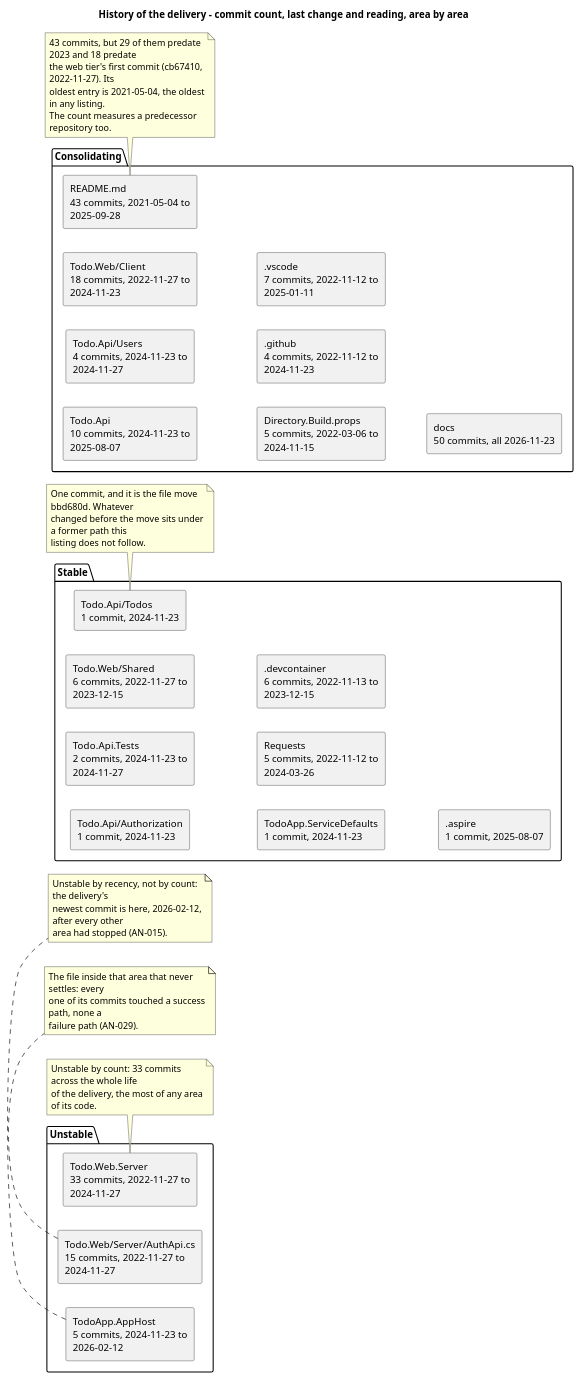
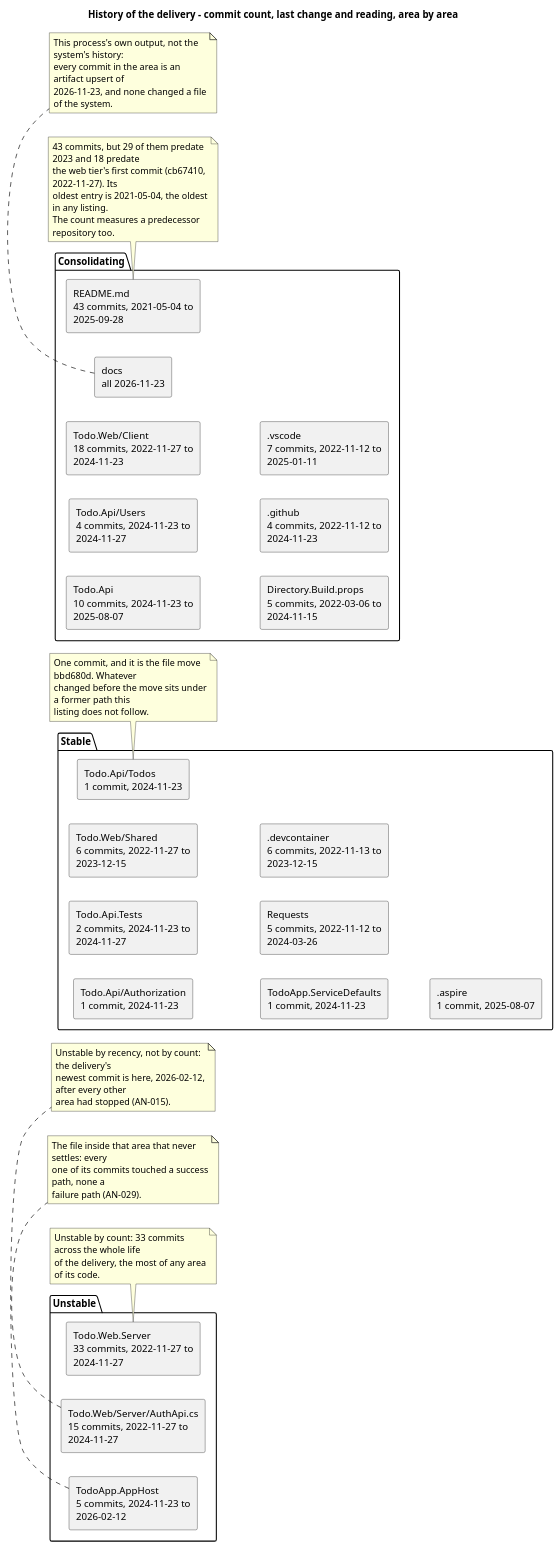
Before and after one commit to banense-test/TodoApp: the second of 3 diagrams in docs/artifacts/discovery/system-inventory.md, drawn with PlantUML. The commit also changed other lines of this file, not shown here.

Commit message:
Software Archaeologist [Excavation2]: upsert System Inventory
[skip ci]

````diff
--- a/docs/artifacts/discovery/system-inventory.md
+++ b/docs/artifacts/discovery/system-inventory.md
@@ -236,69 +236,75 @@
 ```plantuml
 @startuml
 title History of the delivery - commit count, last change and reading, area by area
 
 skinparam shadowing false
 skinparam componentStyle rectangle
 skinparam wrapWidth 230
 left to right direction
 
 package "Unstable" {
   component "Todo.Web.Server\n33 commits, 2022-11-27 to 2024-11-27" as S
   component "Todo.Web/Server/AuthApi.cs\n15 commits, 2022-11-27 to 2024-11-27" as A
   component "TodoApp.AppHost\n5 commits, 2024-11-23 to 2026-02-12" as H
 }
 
 package "Consolidating" {
   component "Todo.Api\n10 commits, 2024-11-23 to 2025-08-07" as API
   component "Todo.Api/Users\n4 commits, 2024-11-23 to 2024-11-27" as U
   component "Todo.Web/Client\n18 commits, 2022-11-27 to 2024-11-23" as C
   component "README.md\n43 commits, 2021-05-04 to 2025-09-28" as R
   component "Directory.Build.props\n5 commits, 2022-03-06 to 2024-11-15" as B
   component ".github\n4 commits, 2022-11-12 to 2024-11-23" as CI
   component ".vscode\n7 commits, 2022-11-12 to 2025-01-11" as VS
-  component "docs\n50 commits, all 2026-11-23" as D
+  component "docs\nall 2026-11-23" as D
 }
 
 package "Stable" {
   component "Todo.Api/Todos\n1 commit, 2024-11-23" as T
   component "Todo.Api/Authorization\n1 commit, 2024-11-23" as AZ
   component "Todo.Api.Tests\n2 commits, 2024-11-23 to 2024-11-27" as TS
   component "Todo.Web/Shared\n6 commits, 2022-11-27 to 2023-12-15" as SH
   component "TodoApp.ServiceDefaults\n1 commit, 2024-11-23" as SD
   component "Requests\n5 commits, 2022-11-12 to 2024-03-26" as RQ
   component ".devcontainer\n6 commits, 2022-11-13 to 2023-12-15" as DC
   component ".aspire\n1 commit, 2025-08-07" as AS
 }
 
 note bottom of S
   Unstable by count: 33 commits across the whole life
   of the delivery, the most of any area of its code.
 end note
 
 note bottom of A
   The file inside that area that never settles: every
   one of its commits touched a success path, none a
   failure path (AN-029).
 end note
 
 note bottom of H
   Unstable by recency, not by count: the delivery's
   newest commit is here, 2026-02-12, after every other
   area had stopped (AN-015).
 end note
 
 note bottom of T
   One commit, and it is the file move bbd680d. Whatever
   changed before the move sits under a former path this
   listing does not follow.
 end note
 
 note bottom of R
   43 commits, but 29 of them predate 2023 and 18 predate
   the web tier's first commit (cb67410, 2022-11-27). Its
   oldest entry is 2021-05-04, the oldest in any listing.
   The count measures a predecessor repository too.
 end note
 
+note bottom of D
+  This process's own output, not the system's history:
+  every commit in the area is an artifact upsert of
+  2026-11-23, and none changed a file of the system.
+end note
+
 @enduml
 ```
````
